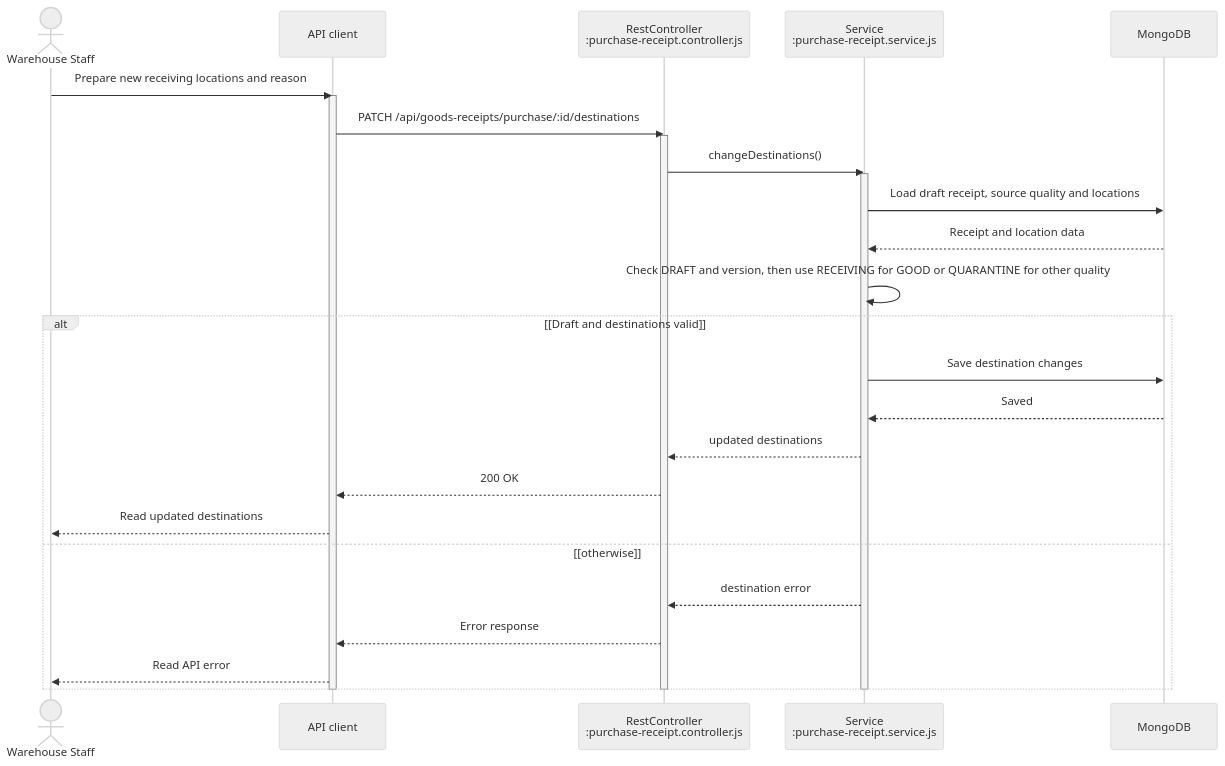
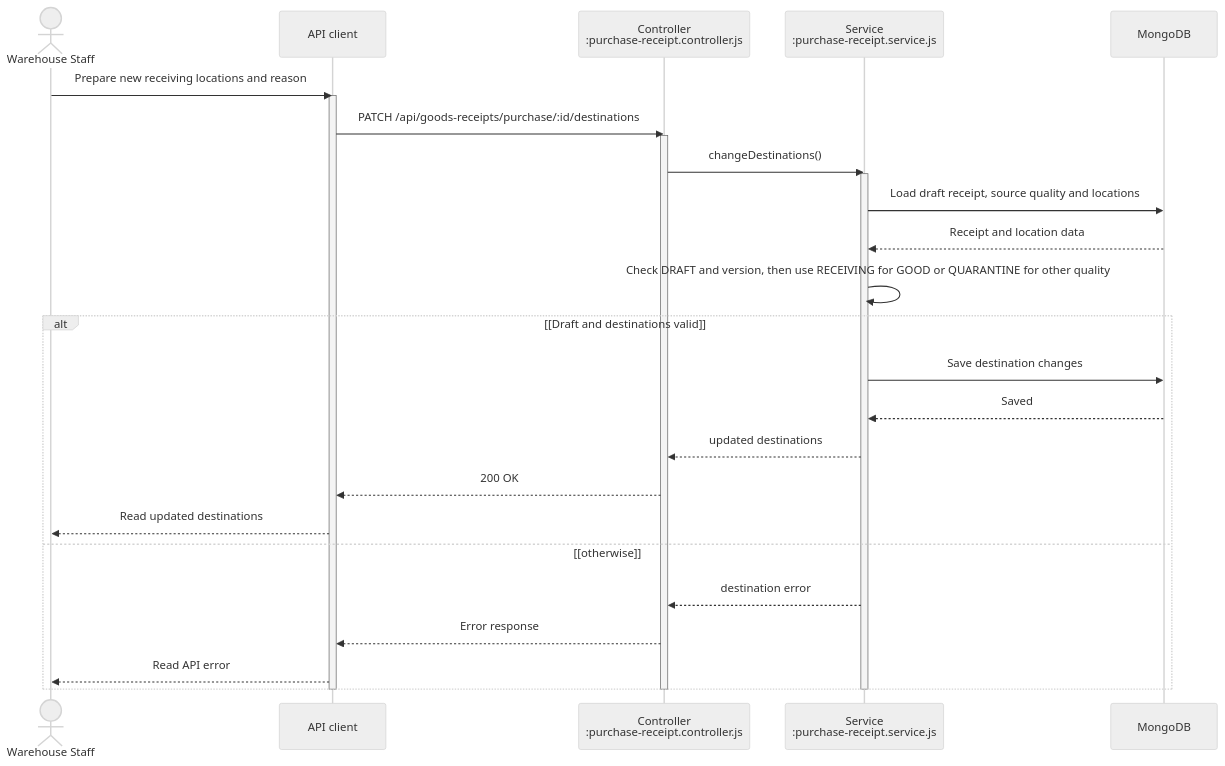
Before and after one commit to bupbalabup/wmsd_be: diagram 22 of 46 in git_doc/docs/01_bao_cao/WMSD_Report4_Draft.md, drawn with Mermaid (neutral theme). The commit also changed other lines of this file and 6 other files, not shown here.

First line of the commit message:
feat: update WMSD_BF01_Diagrams_Review to reflect 26 diagrams and enhance clarity on Purchase Receipt processes

````diff
--- a/git_doc/docs/01_bao_cao/WMSD_Report4_Draft.md
+++ b/git_doc/docs/01_bao_cao/WMSD_Report4_Draft.md
@@ -1659,31 +1659,31 @@
 ```mermaid
 sequenceDiagram
   actor X as Warehouse Staff
   participant U as API client
-  participant A as RestController<br/>:purchase-receipt.controller.js
+  participant A as Controller<br/>:purchase-receipt.controller.js
   participant S as Service<br/>:purchase-receipt.service.js
   participant D as MongoDB
   X->>U: Prepare new receiving locations and reason
   activate U
   U->>A: PATCH /api/goods-receipts/purchase/:id/destinations
   activate A
   A->>S: changeDestinations()
   activate S
   S->>D: Load draft receipt, source quality and locations
   D-->>S: Receipt and location data
   S->>S: Check DRAFT and version, then use RECEIVING for GOOD or QUARANTINE for other quality
   alt [Draft and destinations valid]
     S->>D: Save destination changes
     D-->>S: Saved
     S-->>A: updated destinations
     A-->>U: 200 OK
     U-->>X: Read updated destinations
   else [otherwise]
     S-->>A: destination error
     A-->>U: Error response
     U-->>X: Read API error
   end
   deactivate S
   deactivate A
   deactivate U
 ```
````
